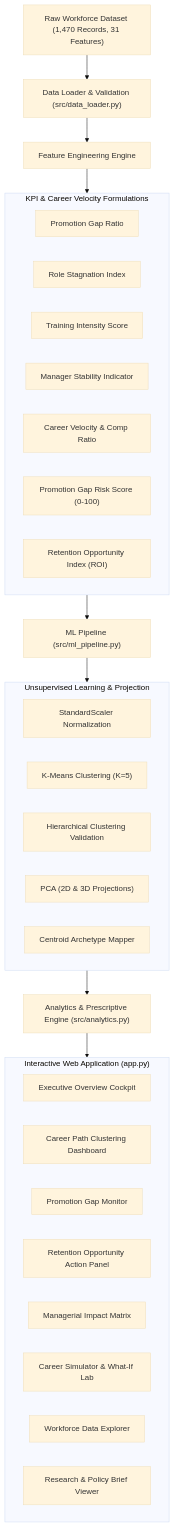
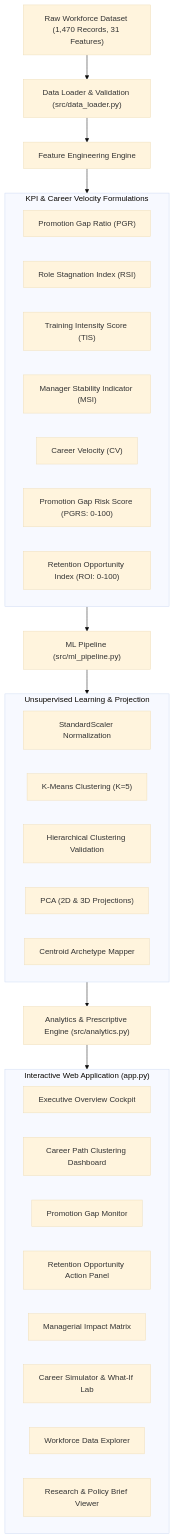
One commit to sarupya-vlsi/career-intelligence-ai changed the diagram in README.md. Above: the diagram before and after it, drawn with Mermaid (base theme). The commit also changed other lines of this file and 22 other files, not shown here.

````diff
--- a/README.md
+++ b/README.md
@@ -28,42 +29,42 @@
 ```mermaid
 flowchart TD
     A["Raw Workforce Dataset (1,470 Records, 31 Features)"] --> B["Data Loader & Validation (src/data_loader.py)"]
     B --> C["Feature Engineering Engine"]
     
     subgraph Feature_Engineering ["KPI & Career Velocity Formulations"]
-        C1["Promotion Gap Ratio"]
-        C2["Role Stagnation Index"]
-        C3["Training Intensity Score"]
-        C4["Manager Stability Indicator"]
-        C5["Career Velocity & Comp Ratio"]
-        C6["Promotion Gap Risk Score (0-100)"]
-        C7["Retention Opportunity Index (ROI)"]
+        C1["Promotion Gap Ratio (PGR)"]
+        C2["Role Stagnation Index (RSI)"]
+        C3["Training Intensity Score (TIS)"]
+        C4["Manager Stability Indicator (MSI)"]
+        C5["Career Velocity (CV)"]
+        C6["Promotion Gap Risk Score (PGRS: 0-100)"]
+        C7["Retention Opportunity Index (ROI: 0-100)"]
     end
     
     C --> Feature_Engineering
     Feature_Engineering --> D["ML Pipeline (src/ml_pipeline.py)"]
     
     subgraph ML_Modeling ["Unsupervised Learning & Projection"]
         D1["StandardScaler Normalization"]
         D2["K-Means Clustering (K=5)"]
         D3["Hierarchical Clustering Validation"]
         D4["PCA (2D & 3D Projections)"]
         D5["Centroid Archetype Mapper"]
     end
     
     D --> ML_Modeling
     ML_Modeling --> E["Analytics & Prescriptive Engine (src/analytics.py)"]
     
     subgraph UI_Streamlit ["Interactive Web Application (app.py)"]
         F1["Executive Overview Cockpit"]
         F2["Career Path Clustering Dashboard"]
         F3["Promotion Gap Monitor"]
         F4["Retention Opportunity Action Panel"]
         F5["Managerial Impact Matrix"]
         F6["Career Simulator & What-If Lab"]
         F7["Workforce Data Explorer"]
         F8["Research & Policy Brief Viewer"]
     end
     
     E --> UI_Streamlit
 ```
````
